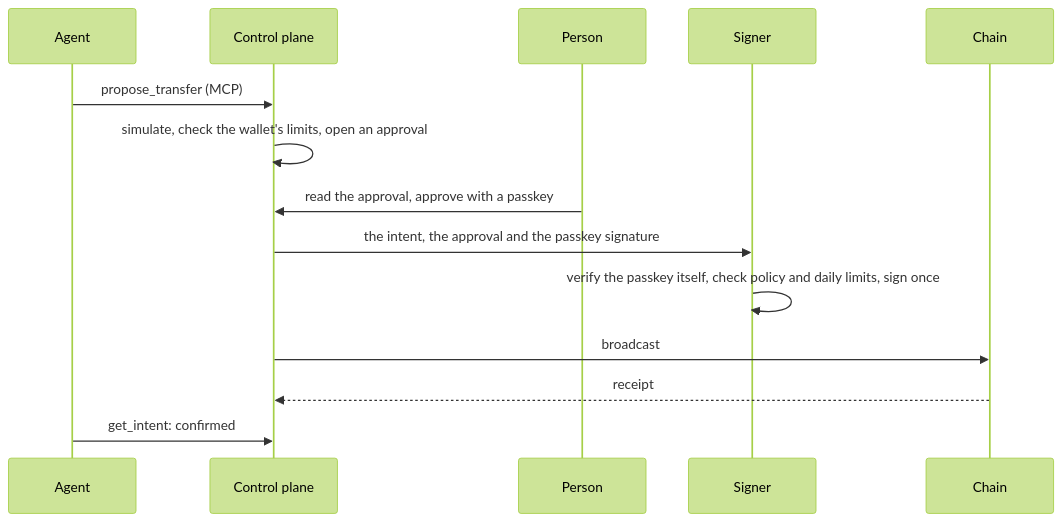
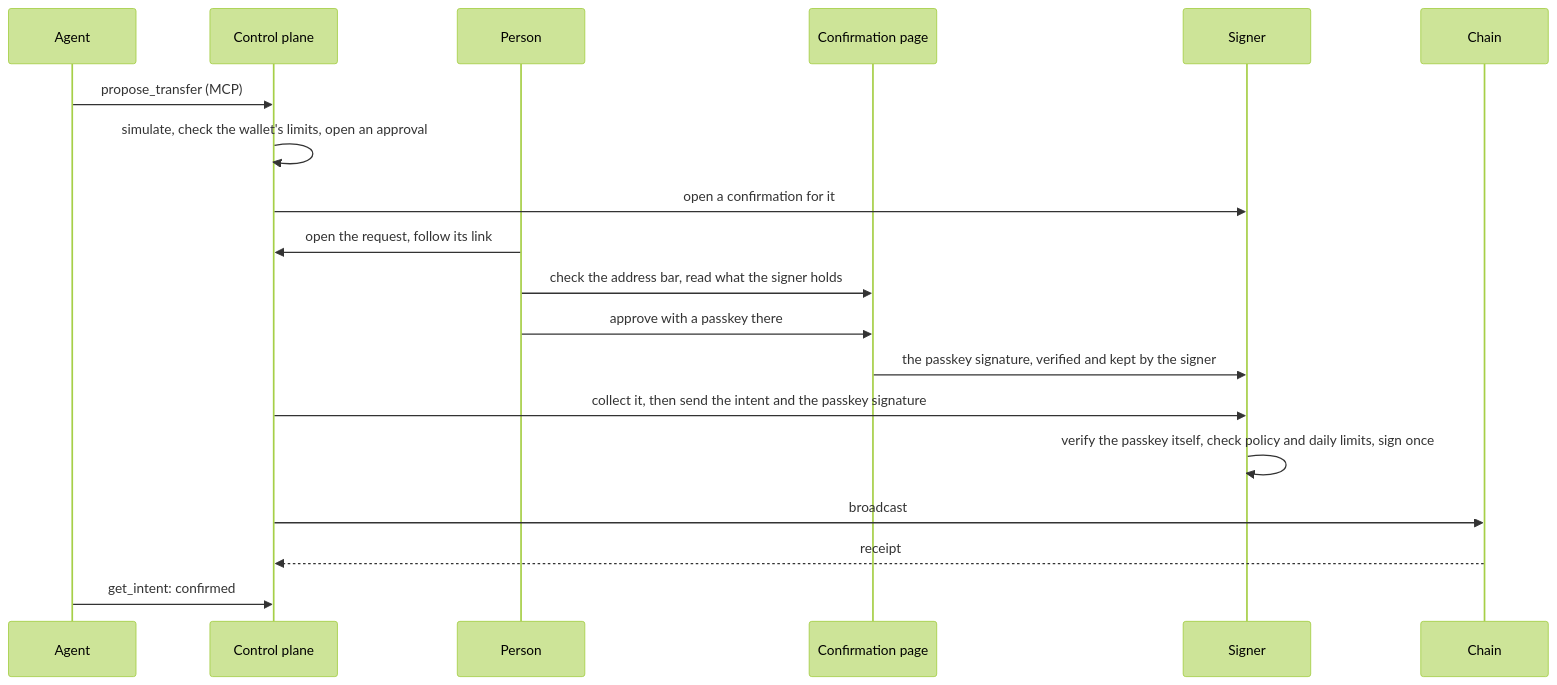
The diagram in README.md (askgina/os), drawn with Mermaid (forest theme) before and after one commit. The commit also changed other lines of this file and 86 other files, not shown here.

First line of the commit message:
feat!: approvals are made only on the signer's confirmation page

````diff
--- a/README.md
+++ b/README.md
@@ -30,16 +37,21 @@
 ```mermaid
 sequenceDiagram
   participant A as Agent
   participant S as Control plane
   participant P as Person
+  participant Q as Confirmation page
   participant G as Signer
   participant C as Chain
   A->>S: propose_transfer (MCP)
   S->>S: simulate, check the wallet's limits, open an approval
-  P->>S: read the approval, approve with a passkey
-  S->>G: the intent, the approval and the passkey signature
+  S->>G: open a confirmation for it
+  P->>S: open the request, follow its link
+  P->>Q: check the address bar, read what the signer holds
+  P->>Q: approve with a passkey there
+  Q->>G: the passkey signature, verified and kept by the signer
+  S->>G: collect it, then send the intent and the passkey signature
   G->>G: verify the passkey itself, check policy and daily limits, sign once
   S->>C: broadcast
   C-->>S: receipt
   A->>S: get_intent: confirmed
 ```
````
